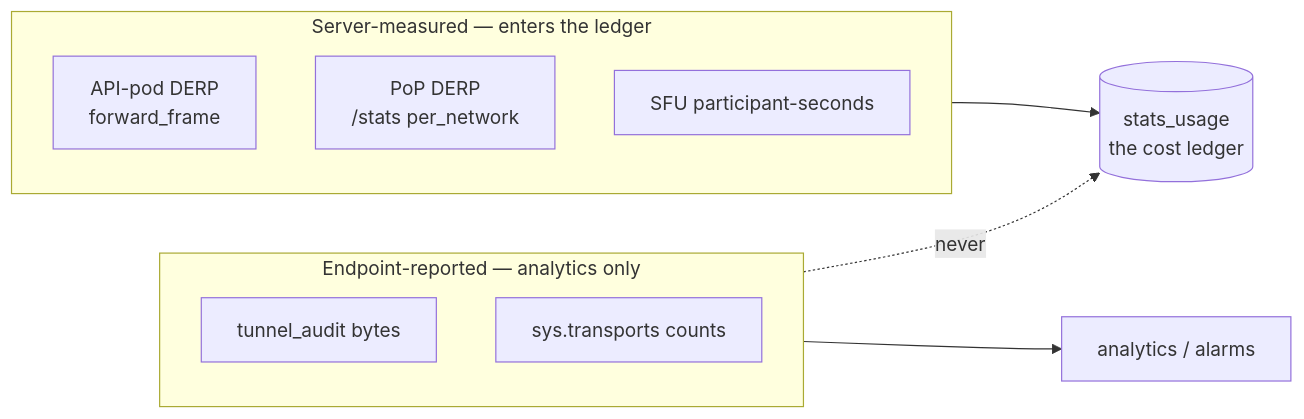
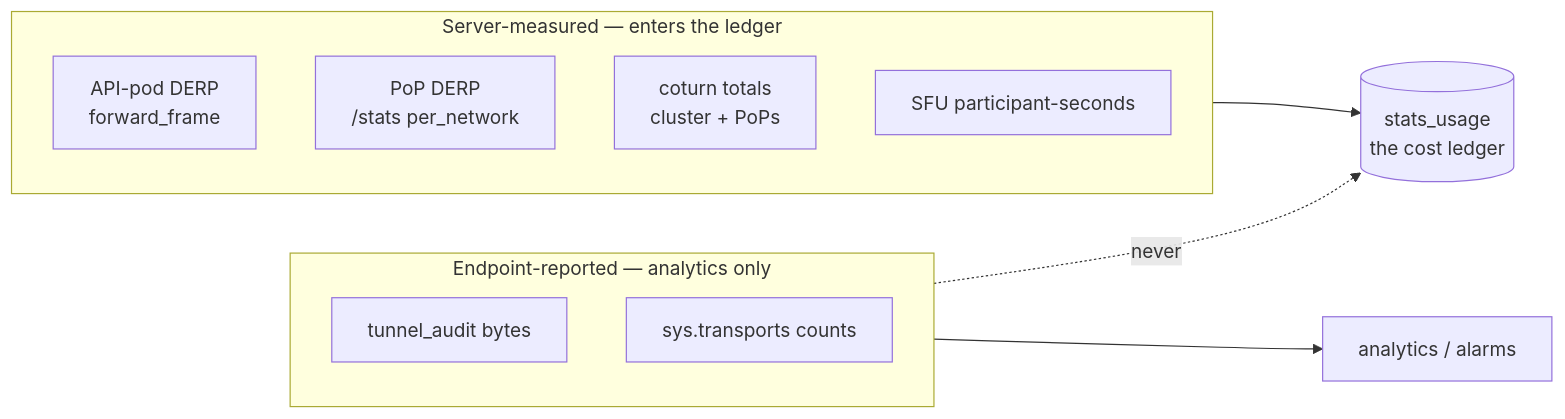
Before and after one commit to gjovanov/roomler-ai: the first of 5 diagrams in docs/relay-cost-metering.md, drawn with Mermaid. The commit also changed other lines of this file and 5 other files, not shown here.

````diff
--- a/docs/relay-cost-metering.md
+++ b/docs/relay-cost-metering.md
@@ -27,15 +27,16 @@
 ```mermaid
 flowchart LR
     subgraph measured["Server-measured — enters the ledger"]
         D1["API-pod DERP<br/>forward_frame"]
         D2["PoP DERP<br/>/stats per_network"]
+        C1["coturn totals<br/>cluster + PoPs"]
         S1["SFU participant-seconds"]
     end
     subgraph claimed["Endpoint-reported — analytics only"]
         T1["tunnel_audit bytes"]
         T2["sys.transports counts"]
     end
     measured --> LEDGER[("stats_usage<br/>the cost ledger")]
     claimed  -.->|never| LEDGER
     claimed  --> AN["analytics / alarms"]
 ```
````
